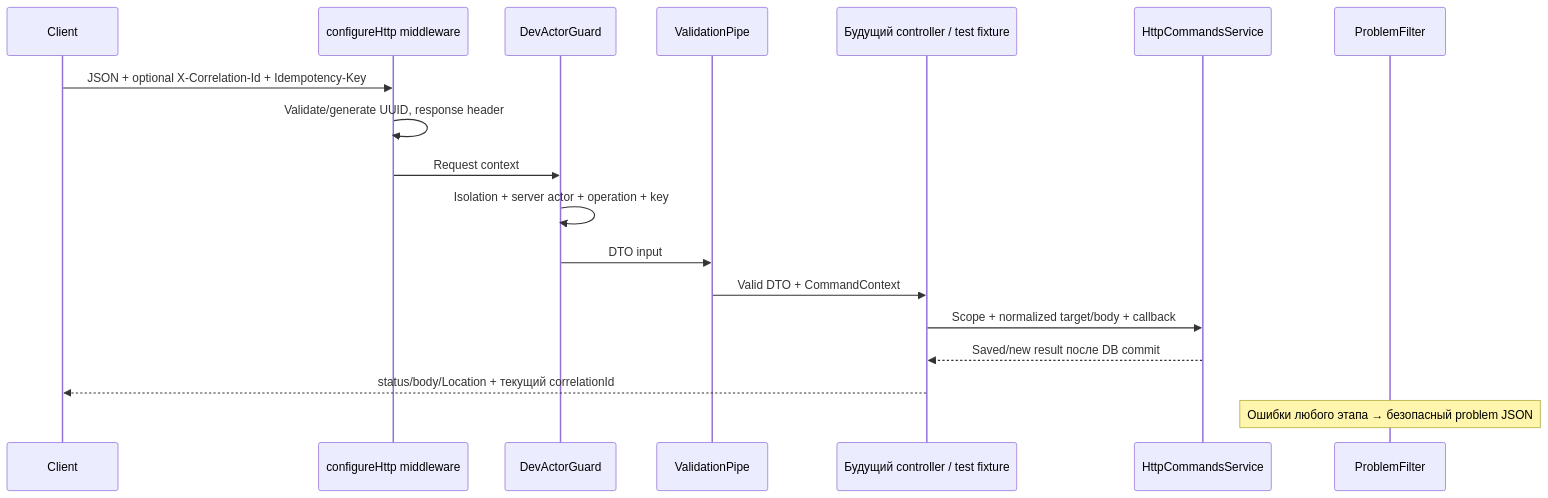
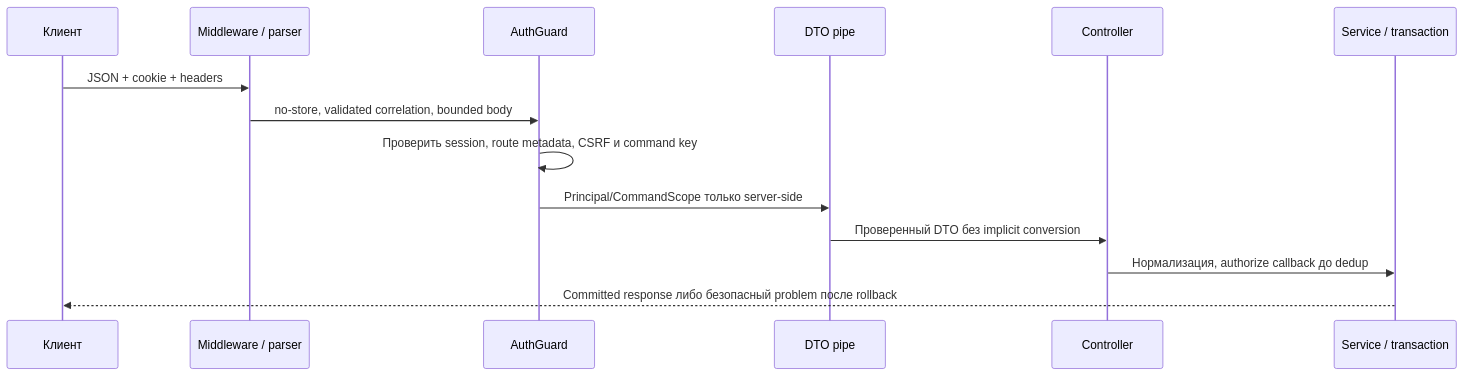
The diagram in apps/backend/src/infrastructure/http/README.md (alekseishmidko/warehouse-control), drawn with Mermaid before and after one commit. The commit also changed other lines of this file and 239 other files, not shown here.

````diff
--- a/apps/backend/src/infrastructure/http/README.md
+++ b/apps/backend/src/infrastructure/http/README.md
@@ -56,20 +25,16 @@
 ```mermaid
 sequenceDiagram
-  participant Client
-  participant MW as configureHttp middleware
-  participant Guard as DevActorGuard
-  participant Pipe as ValidationPipe
-  participant Controller as Будущий controller / test fixture
-  participant Commands as HttpCommandsService
-  participant Filter as ProblemFilter
-  Client->>MW: JSON + optional X-Correlation-Id + Idempotency-Key
-  MW->>MW: Validate/generate UUID, response header
-  MW->>Guard: Request context
-  Guard->>Guard: Isolation + server actor + operation + key
-  Guard->>Pipe: DTO input
-  Pipe->>Controller: Valid DTO + CommandContext
-  Controller->>Commands: Scope + normalized target/body + callback
-  Commands-->>Controller: Saved/new result после DB commit
-  Controller-->>Client: status/body/Location + текущий correlationId
-  Note over Filter: Ошибки любого этапа → безопасный problem JSON
+  participant C as Клиент
+  participant M as Middleware / parser
+  participant G as AuthGuard
+  participant P as DTO pipe
+  participant H as Controller
+  participant S as Service / transaction
+  C->>M: JSON + cookie + headers
+  M->>G: no-store, validated correlation, bounded body
+  G->>G: Проверить session, route metadata, CSRF и command key
+  G->>P: Principal/CommandScope только server-side
+  P->>H: Проверенный DTO без implicit conversion
+  H->>S: Нормализация, authorize callback до dedup
+  S-->>C: Committed response либо безопасный problem после rollback
 ```
````
